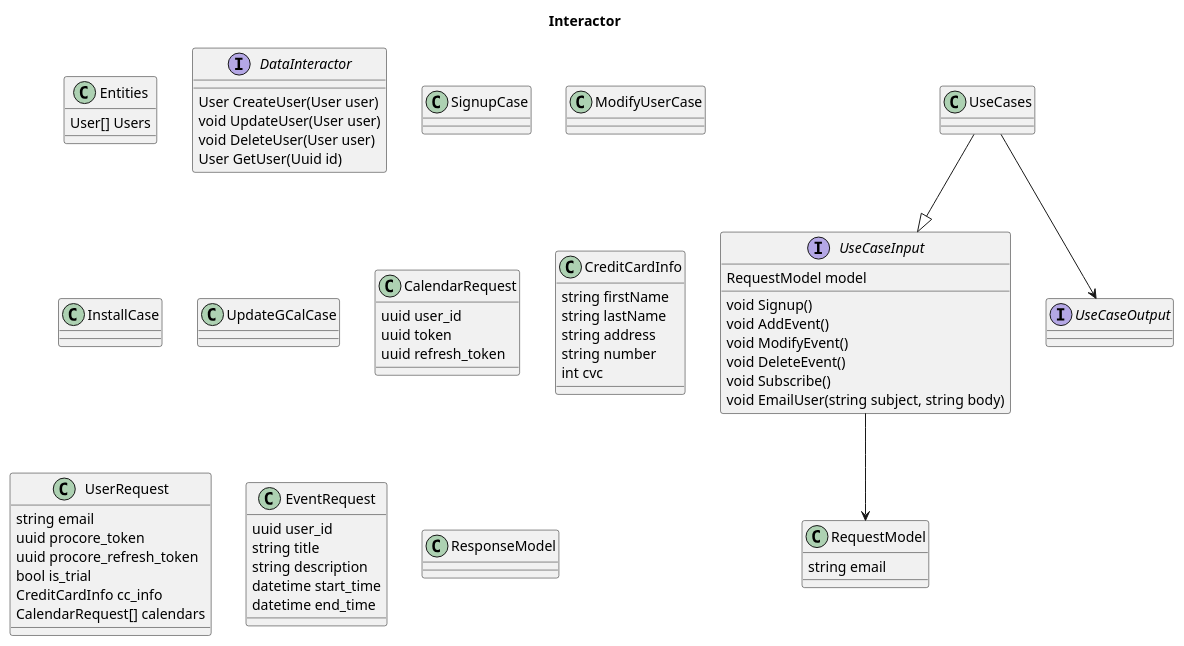
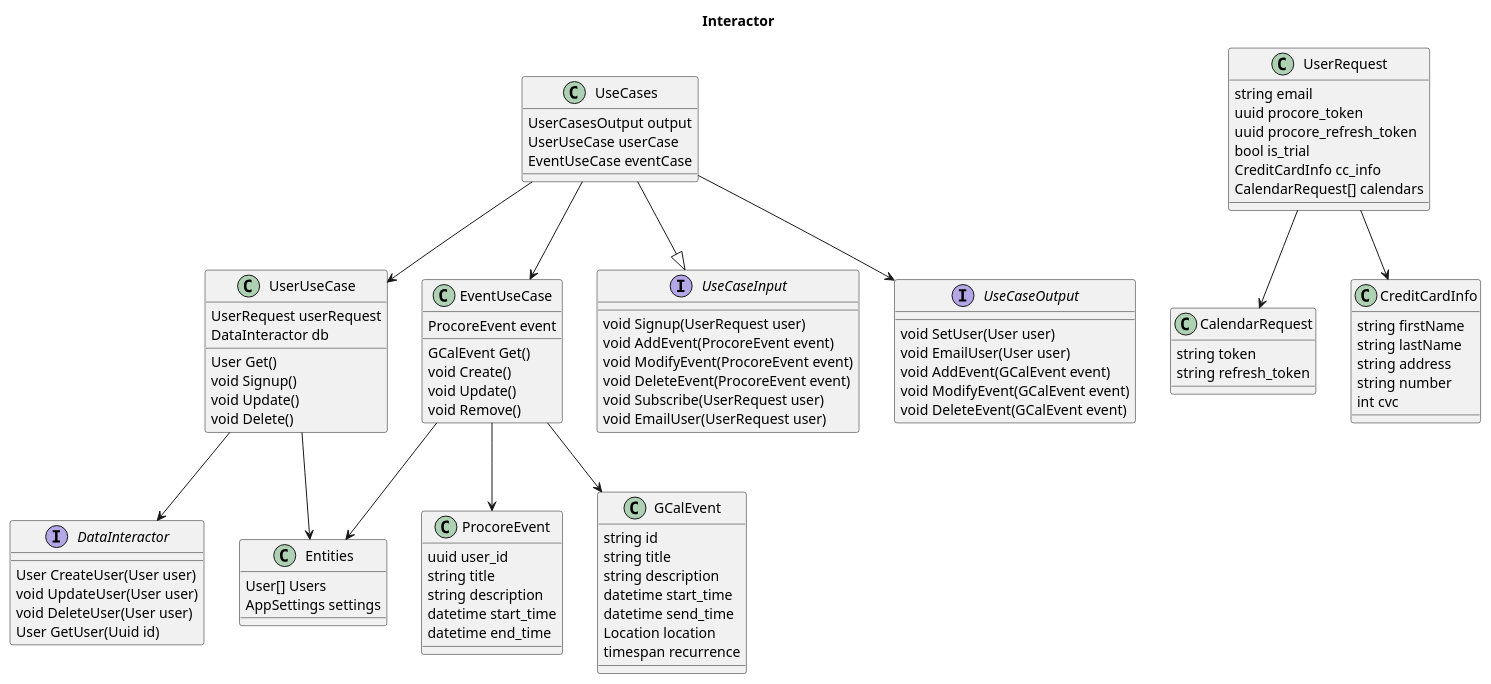
The diagram in diagrams/interactor.wsd (adhurjaty/procore-gcal), drawn with PlantUML before and after one commit. The commit also changed 2 other files, not shown here.

Commit message:
models interactor

```diff
--- a/diagrams/interactor.wsd
+++ b/diagrams/interactor.wsd
@@ -1,93 +1,108 @@
 @startuml
 title Interactor
 
 class Entities {
     User[] Users
+    AppSettings settings
 }
 
 interface DataInteractor {
     User CreateUser(User user)
     void UpdateUser(User user)
     void DeleteUser(User user)
     User GetUser(Uuid id)
 }
 
-class SignupCase {
-
+class UserUseCase {
+    UserRequest userRequest
+    DataInteractor db
+    User Get()
+    void Signup()
+    void Update()
+    void Delete()
 }
 
-class ModifyUserCase {
-
-}
-
-class InstallCase {
-
-}
-
-class UpdateGCalCase {
-
-}
-
-class UseCases {
-
+class EventUseCase {
+    ProcoreEvent event
+    GCalEvent Get()
+    void Create()
+    void Update()
+    void Remove()
 }
 
 interface UseCaseInput {
-    RequestModel model
-    void Signup()
-    void AddEvent()
-    void ModifyEvent()
-    void DeleteEvent()
-    void Subscribe()
-    void EmailUser(string subject, string body)
+    void Signup(UserRequest user)
+    void AddEvent(ProcoreEvent event)
+    void ModifyEvent(ProcoreEvent event)
+    void DeleteEvent(ProcoreEvent event)
+    void Subscribe(UserRequest user)
+    void EmailUser(UserRequest user)
 }
 
 interface UseCaseOutput {
-
+    void SetUser(User user)
+    void EmailUser(User user)
+    void AddEvent(GCalEvent event)
+    void ModifyEvent(GCalEvent event)
+    void DeleteEvent(GCalEvent event)
 }
 
 class CalendarRequest {
-    uuid user_id
-    uuid token
-    uuid refresh_token
+    string token
+    string refresh_token
 }
 
 class CreditCardInfo {
     string firstName
     string lastName
     string address
     string number
     int cvc
 }
 
 class UserRequest {
     string email
     uuid procore_token
     uuid procore_refresh_token
     bool is_trial
     CreditCardInfo cc_info
     CalendarRequest[] calendars
 }
 
-class EventRequest {
+class ProcoreEvent {
     uuid user_id
     string title
     string description
     datetime start_time
     datetime end_time
 }
 
-class RequestModel {
-    string email
-
+class GCalEvent {
+    string id
+    string title
+    string description
+    datetime start_time
+    datetime send_time
+    Location location
+    timespan recurrence
 }
 
-class ResponseModel {
-
+class UseCases {
+    UserCasesOutput output
+    UserUseCase userCase
+    EventUseCase eventCase
 }
 
 UseCases --|> UseCaseInput
 UseCases --> UseCaseOutput
-UseCaseInput --> RequestModel
+EventUseCase --> ProcoreEvent
+EventUseCase --> GCalEvent
+UserRequest --> CreditCardInfo
+UseCases --> EventUseCase
+UseCases --> UserUseCase
+UserRequest --> CalendarRequest
+UserUseCase --> DataInteractor
+UserUseCase --> Entities
+EventUseCase --> Entities
 
 @enduml
```
